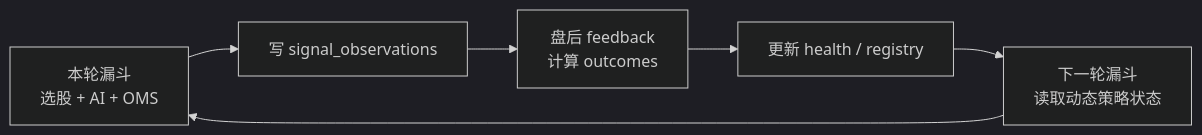
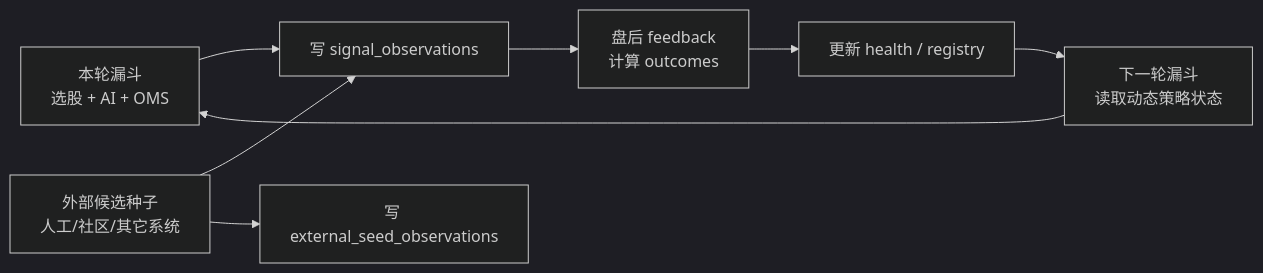
One commit to niyoh120/Wyckoff-Analysis changed the first of 4 diagrams in docs/SIGNAL_FEEDBACK_LOOP.md. Above: the diagram before and after it, drawn with Mermaid (dark theme). The commit also changed other lines of this file and 8 other files, not shown here.

````diff
--- a/docs/SIGNAL_FEEDBACK_LOOP.md
+++ b/docs/SIGNAL_FEEDBACK_LOOP.md
@@ -11,8 +11,10 @@
 ```mermaid
 flowchart LR
   A["本轮漏斗<br/>选股 + AI + OMS"] --> B["写 signal_observations"]
+  X["外部候选种子<br/>人工/社区/其它系统"] --> B
+  X --> Y["写 external_seed_observations"]
   B --> C["盘后 feedback<br/>计算 outcomes"]
   C --> D["更新 health / registry"]
   D --> E["下一轮漏斗<br/>读取动态策略状态"]
   E --> A
 ```
````
